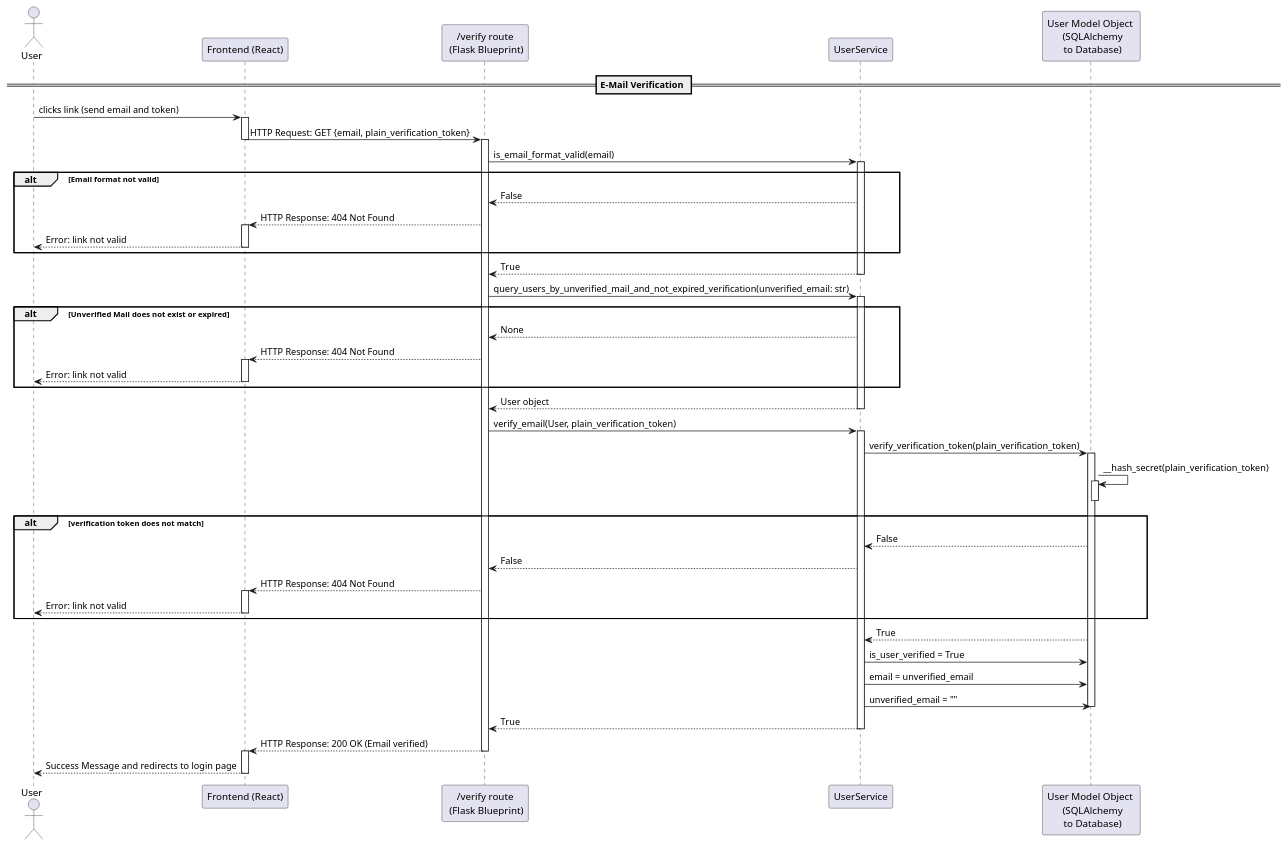
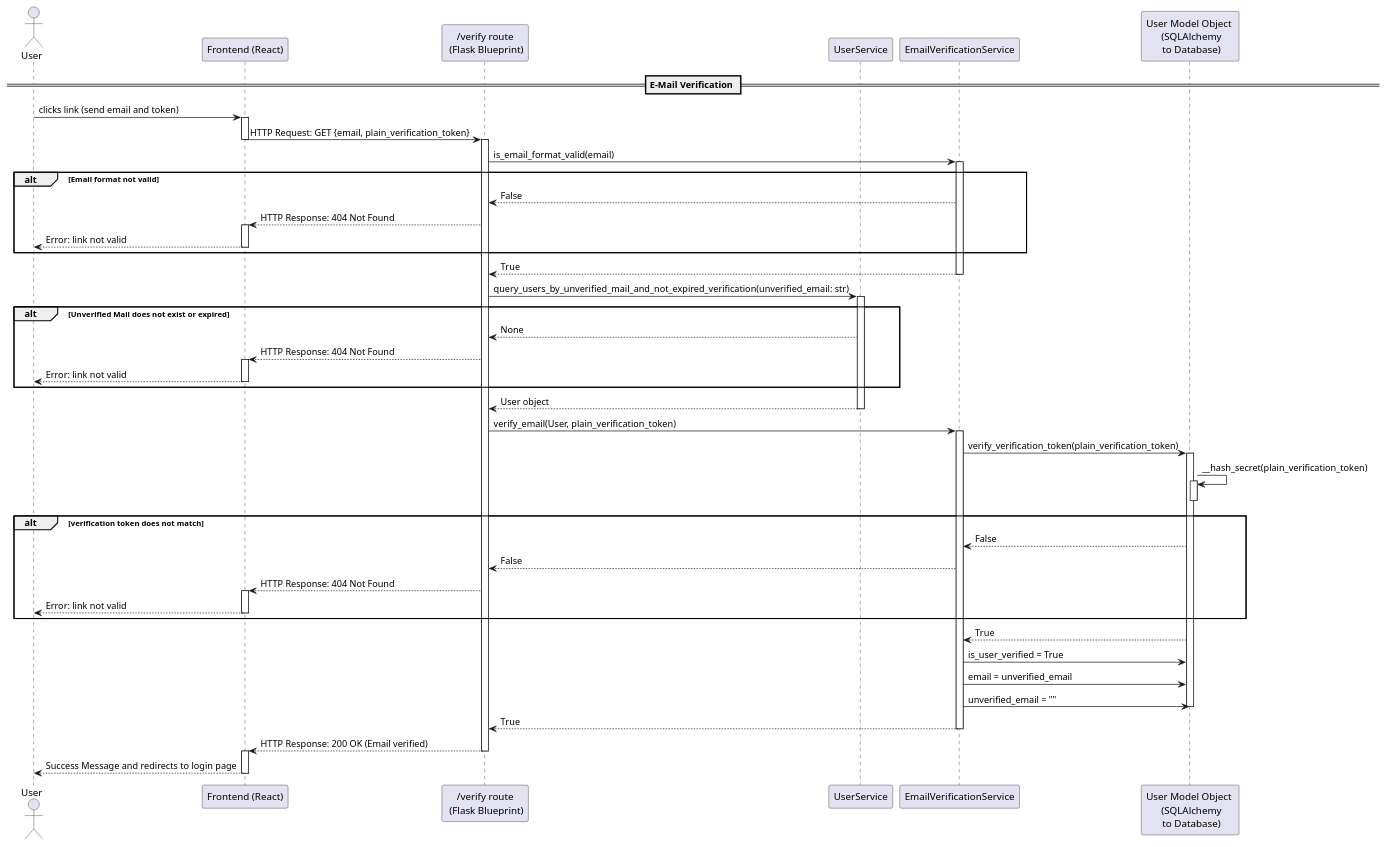
One commit to dominikoetiker/TheMentalLoadHub changed the diagram in docs/diagrams/uml/sequence/email-verification.puml. Above: the diagram before and after it, drawn with PlantUML. The commit also changed 1 other file, not shown here.

Commit message:
Refactor email verification sequence to use new service
Replaced direct UserService calls with EmailVerificationService in the email verification process. Updated the UML sequence diagram to reflect these changes, ensuring better modularity and separation of concerns.

```diff
--- a/docs/diagrams/uml/sequence/email-verification.puml
+++ b/docs/diagrams/uml/sequence/email-verification.puml
@@ -1,63 +1,64 @@
 @startuml
 actor "User" as AppUser
 participant "Frontend (React)" as FE
 participant "/verify route\n (Flask Blueprint)" as VR
 participant "UserService" as US
+participant "EmailVerificationService" as ES
 participant "User Model Object \n (SQLAlchemy\n to Database)" as UM
 
 == E-Mail Verification ==
 AppUser -> FE : clicks link (send email and token)
 activate FE
 FE -> VR : HTTP Request: GET {email, plain_verification_token}
 deactivate FE
 activate VR
-VR -> US : is_email_format_valid(email)
-activate US
+VR -> ES : is_email_format_valid(email)
+activate ES
 alt Email format not valid
-    VR <-- US : False
+    VR <-- ES : False
     FE <-- VR : HTTP Response: 404 Not Found
     activate FE
     AppUser <-- FE : Error: link not valid
     deactivate FE
 end
-VR <-- US : True
-deactivate US
+VR <-- ES : True
+deactivate ES
 VR -> US : query_users_by_unverified_mail_and_not_expired_verification(unverified_email: str)
 activate US
 alt Unverified Mail does not exist or expired
     VR <-- US : None
     FE <-- VR : HTTP Response: 404 Not Found
     activate FE
     AppUser <-- FE : Error: link not valid
     deactivate FE
 end
 VR <-- US : User object
 deactivate US
-VR -> US : verify_email(User, plain_verification_token)
-activate US
-US -> UM : verify_verification_token(plain_verification_token)
+VR -> ES : verify_email(User, plain_verification_token)
+activate ES
+ES -> UM : verify_verification_token(plain_verification_token)
 activate UM
 UM -> UM : __hash_secret(plain_verification_token)
 activate UM
 deactivate UM
 alt verification token does not match
-    US <-- UM : False
-    VR <-- US : False
+    ES <-- UM : False
+    VR <-- ES : False
     FE <-- VR : HTTP Response: 404 Not Found
     activate FE
     AppUser <-- FE : Error: link not valid
     deactivate FE
 end
-US <-- UM : True
-US -> UM : is_user_verified = True
-US -> UM : email = unverified_email
-US -> UM : unverified_email = ""
+ES <-- UM : True
+ES -> UM : is_user_verified = True
+ES -> UM : email = unverified_email
+ES -> UM : unverified_email = ""
 deactivate UM
-VR <-- US : True
-deactivate US
+VR <-- ES : True
+deactivate ES
 FE <-- VR : HTTP Response: 200 OK (Email verified)
 deactivate VR
 activate FE
 AppUser <-- FE : Success Message and redirects to login page
 deactivate FE
 @enduml
```
